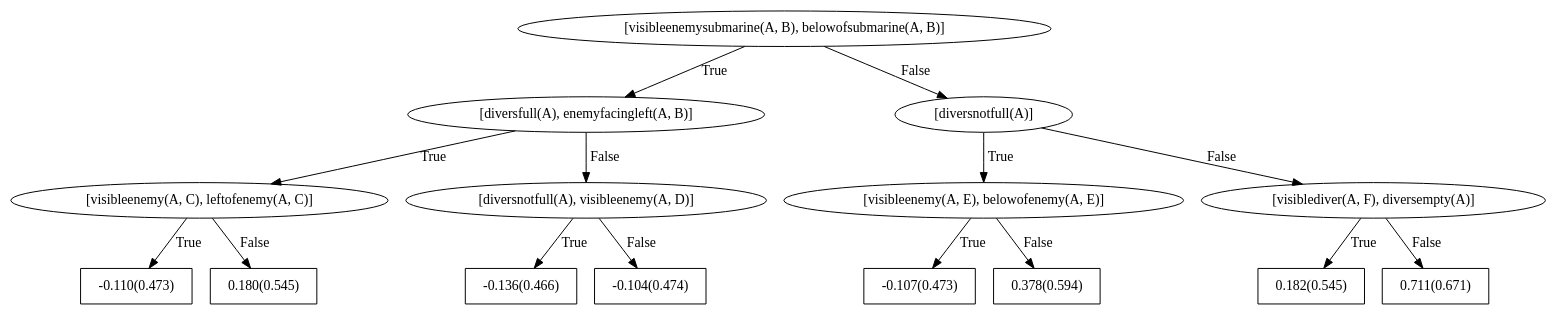
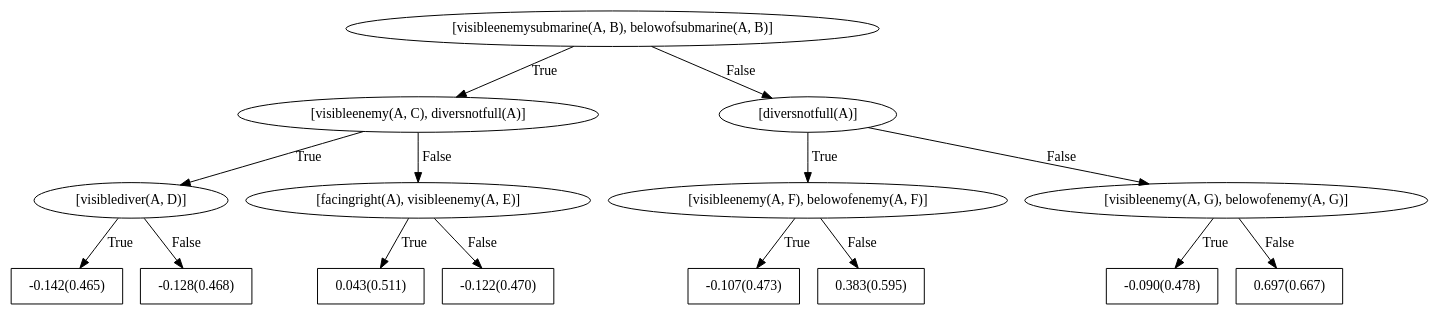
The diagram in rdn_models/seaquest/weighted_1object_negpos_2_trees_1_depth_2/noop/bRDNs/dotFiles/WILLTreeFor_noop0.dot (nikhileshp/NeSY-Imitation-Learning), drawn with Graphviz before and after one commit. The commit also changed 481 other files, not shown here.

```diff
--- a/rdn_models/seaquest/weighted_1object_negpos_2_trees_1_depth_2/noop/bRDNs/dotFiles/WILLTreeFor_noop0.dot
+++ b/rdn_models/seaquest/weighted_1object_negpos_2_trees_1_depth_2/noop/bRDNs/dotFiles/WILLTreeFor_noop0.dot
@@ -1,31 +1,31 @@
 digraph G{ 
 1[label = "[visibleenemysubmarine(A, B), belowofsubmarine(A, B)]"];
 1 -> 2[label="True"];
 1 -> 3[label="False"];
-2[label = "[diversfull(A), enemyfacingleft(A, B)]"];
+2[label = "[visibleenemy(A, C), diversnotfull(A)]"];
 2 -> 4[label="True"];
 2 -> 5[label="False"];
-4[label = "[visibleenemy(A, C), leftofenemy(A, C)]"];
+4[label = "[visiblediver(A, D)]"];
 4 -> 6[label="True"];
 4 -> 7[label="False"];
-6[shape = box,label = "-0.110(0.473)"];
-7[shape = box,label = "0.180(0.545)"];
-5[label = "[diversnotfull(A), visibleenemy(A, D)]"];
+6[shape = box,label = "-0.142(0.465)"];
+7[shape = box,label = "-0.128(0.468)"];
+5[label = "[facingright(A), visibleenemy(A, E)]"];
 5 -> 8[label="True"];
 5 -> 9[label="False"];
-8[shape = box,label = "-0.136(0.466)"];
-9[shape = box,label = "-0.104(0.474)"];
+8[shape = box,label = "0.043(0.511)"];
+9[shape = box,label = "-0.122(0.470)"];
 3[label = "[diversnotfull(A)]"];
 3 -> 10[label="True"];
 3 -> 11[label="False"];
-10[label = "[visibleenemy(A, E), belowofenemy(A, E)]"];
+10[label = "[visibleenemy(A, F), belowofenemy(A, F)]"];
 10 -> 12[label="True"];
 10 -> 13[label="False"];
 12[shape = box,label = "-0.107(0.473)"];
-13[shape = box,label = "0.378(0.594)"];
-11[label = "[visiblediver(A, F), diversempty(A)]"];
+13[shape = box,label = "0.383(0.595)"];
+11[label = "[visibleenemy(A, G), belowofenemy(A, G)]"];
 11 -> 14[label="True"];
 11 -> 15[label="False"];
-14[shape = box,label = "0.182(0.545)"];
-15[shape = box,label = "0.711(0.671)"];
+14[shape = box,label = "-0.090(0.478)"];
+15[shape = box,label = "0.697(0.667)"];
 }
```
